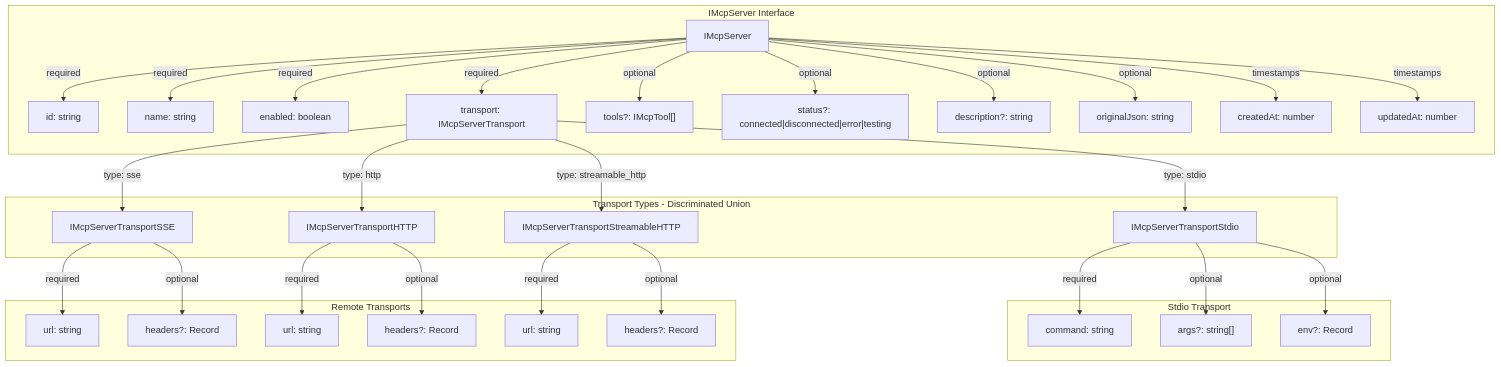
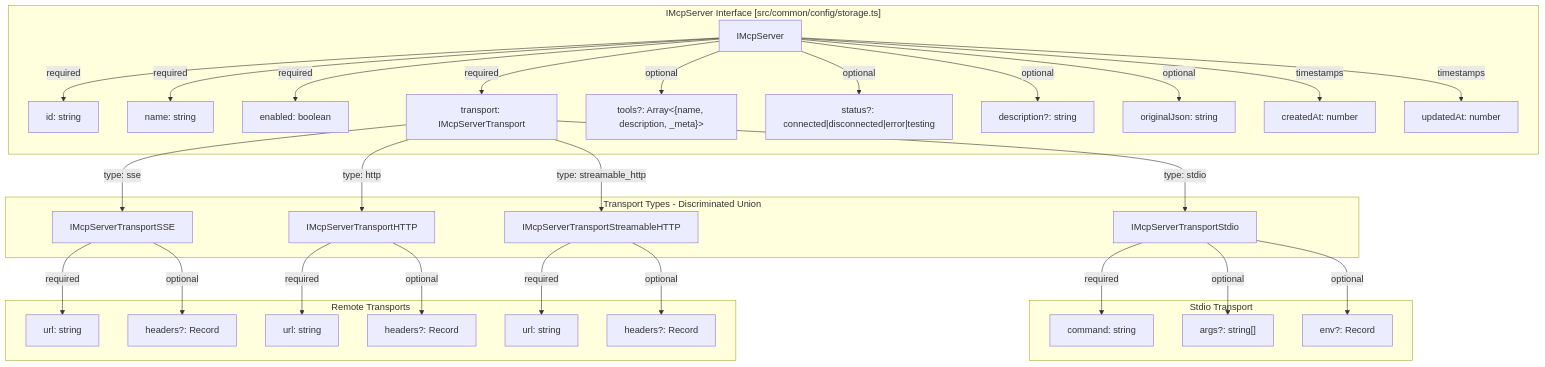
The first of 5 diagrams in docs/iOfficeAI_AionUi/ai-agent-systems/mcp-integration.md (blackcater/zentree), drawn with Mermaid before and after one commit. The commit also changed other lines of this file and 232 other files, not shown here.

````diff
--- a/docs/iOfficeAI_AionUi/ai-agent-systems/mcp-integration.md
+++ b/docs/iOfficeAI_AionUi/ai-agent-systems/mcp-integration.md
@@ -46,40 +52,40 @@
 ```mermaid
 graph TB
-    subgraph "IMcpServer Interface"
+    subgraph "IMcpServer Interface [src/common/config/storage.ts]"
         SERVER["IMcpServer"]
         SERVER -->|required| ID["id: string"]
         SERVER -->|required| NAME["name: string"]
         SERVER -->|required| ENABLED["enabled: boolean"]
         SERVER -->|required| TRANSPORT["transport: IMcpServerTransport"]
-        SERVER -->|optional| TOOLS["tools?: IMcpTool[]"]
+        SERVER -->|optional| TOOLS["tools?: Array<{name, description, _meta}>"]
         SERVER -->|optional| STATUS["status?: connected|disconnected|error|testing"]
         SERVER -->|optional| DESC["description?: string"]
         SERVER -->|optional| ORIGINAL["originalJson: string"]
         SERVER -->|timestamps| CREATED["createdAt: number"]
         SERVER -->|timestamps| UPDATED["updatedAt: number"]
     end
-
+    
     subgraph "Transport Types - Discriminated Union"
         TRANSPORT -->|type: stdio| STDIO["IMcpServerTransportStdio"]
         TRANSPORT -->|type: sse| SSE["IMcpServerTransportSSE"]
         TRANSPORT -->|type: http| HTTP["IMcpServerTransportHTTP"]
         TRANSPORT -->|type: streamable_http| STREAMABLE["IMcpServerTransportStreamableHTTP"]
     end
-
+    
     subgraph "Stdio Transport"
         STDIO -->|required| CMD["command: string"]
         STDIO -->|optional| ARGS["args?: string[]"]
         STDIO -->|optional| ENV["env?: Record<string,string>"]
     end
-
+    
     subgraph "Remote Transports"
         SSE -->|required| SSE_URL["url: string"]
         SSE -->|optional| SSE_HDR["headers?: Record<string,string>"]
-
+        
         HTTP -->|required| HTTP_URL["url: string"]
         HTTP -->|optional| HTTP_HDR["headers?: Record<string,string>"]
-
+        
         STREAMABLE -->|required| STREAM_URL["url: string"]
         STREAMABLE -->|optional| STREAM_HDR["headers?: Record<string,string>"]
     end
 ```
````
